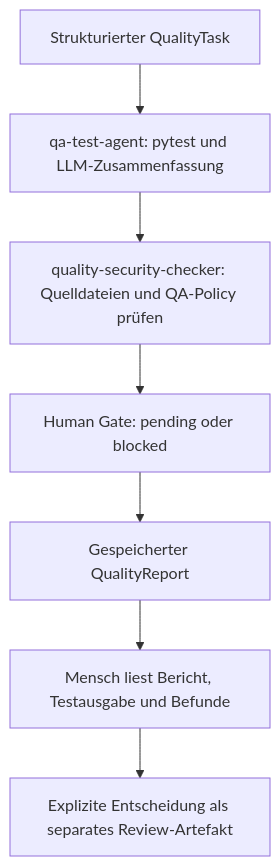
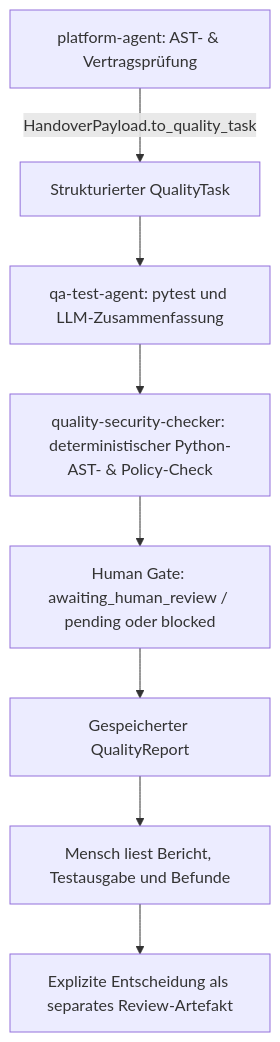
Before and after one commit to mfadhilahm/agentic_ai_haw_2627: the diagram in docs/QUALITY_AGENT_DE.md, drawn with Mermaid. The commit also changed other lines of this file and 33 other files, not shown here.

Commit message:
Address Session 2 feedback: enforce pending_approval gate, verify PostgreSQL persistence (0 skips), add Ops/E2E traces and complete cost/doc alignment

````diff
--- a/docs/QUALITY_AGENT_DE.md
+++ b/docs/QUALITY_AGENT_DE.md
@@ -9,9 +9,10 @@
 ```mermaid
 flowchart TD
-    Task[Strukturierter QualityTask] --> QA[qa-test-agent: pytest und LLM-Zusammenfassung]
-    QA --> Security[quality-security-checker: Quelldateien und QA-Policy prüfen]
-    Security --> Gate[Human Gate: pending oder blocked]
+    Plat[platform-agent: AST- & Vertragsprüfung] -->|HandoverPayload.to_quality_task| Task[Strukturierter QualityTask]
+    Task --> QA[qa-test-agent: pytest und LLM-Zusammenfassung]
+    QA --> Security[quality-security-checker: deterministischer Python-AST- & Policy-Check]
+    Security --> Gate[Human Gate: awaiting_human_review / pending oder blocked]
     Gate --> Report[Gespeicherter QualityReport]
     Report --> Human[Mensch liest Bericht, Testausgabe und Befunde]
     Human --> Review[Explizite Entscheidung als separates Review-Artefakt]
 ```
````
